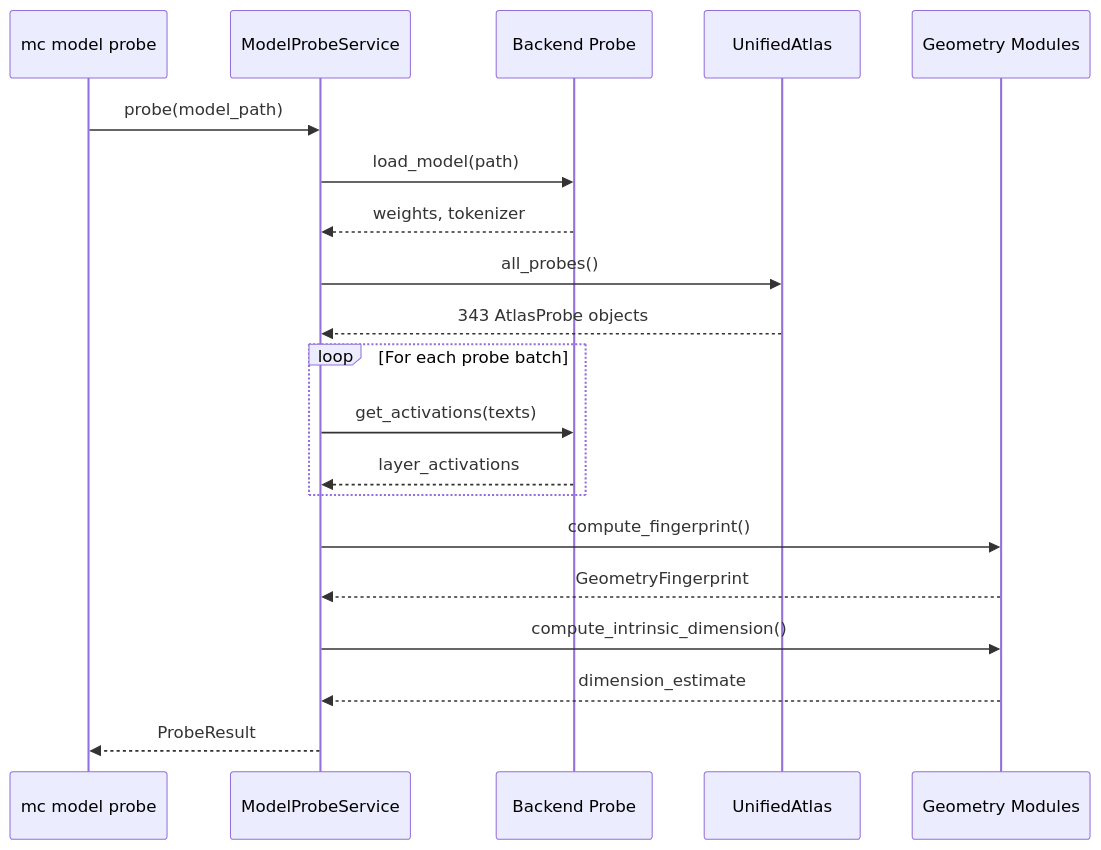
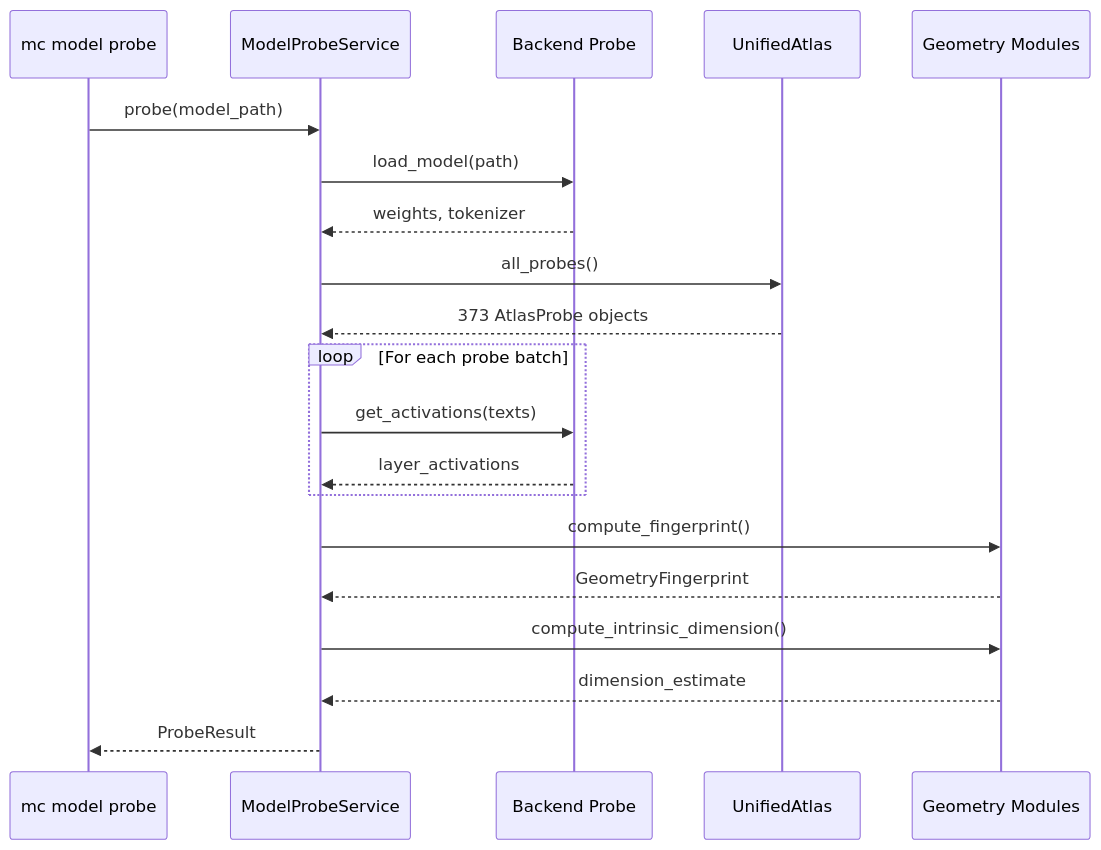
Before and after one commit to Ethyros-AI/ModelCypher: the third of 4 diagrams in docs/ARCHITECTURE.md, drawn with Mermaid. The commit also changed other lines of this file and 6 other files, not shown here.

````diff
--- a/docs/ARCHITECTURE.md
+++ b/docs/ARCHITECTURE.md
@@ -178,28 +178,28 @@
 ```mermaid
 sequenceDiagram
     participant CLI as mc model probe
     participant SVC as ModelProbeService
     participant PROBE as Backend Probe
     participant ATLAS as UnifiedAtlas
     participant GEOM as Geometry Modules
 
     CLI->>SVC: probe(model_path)
     SVC->>PROBE: load_model(path)
     PROBE-->>SVC: weights, tokenizer
 
     SVC->>ATLAS: all_probes()
-    ATLAS-->>SVC: 343 AtlasProbe objects
+    ATLAS-->>SVC: 373 AtlasProbe objects
 
     loop For each probe batch
         SVC->>PROBE: get_activations(texts)
         PROBE-->>SVC: layer_activations
     end
 
     SVC->>GEOM: compute_fingerprint()
     GEOM-->>SVC: GeometryFingerprint
 
     SVC->>GEOM: compute_intrinsic_dimension()
     GEOM-->>SVC: dimension_estimate
 
     SVC-->>CLI: ProbeResult
 ```
````
